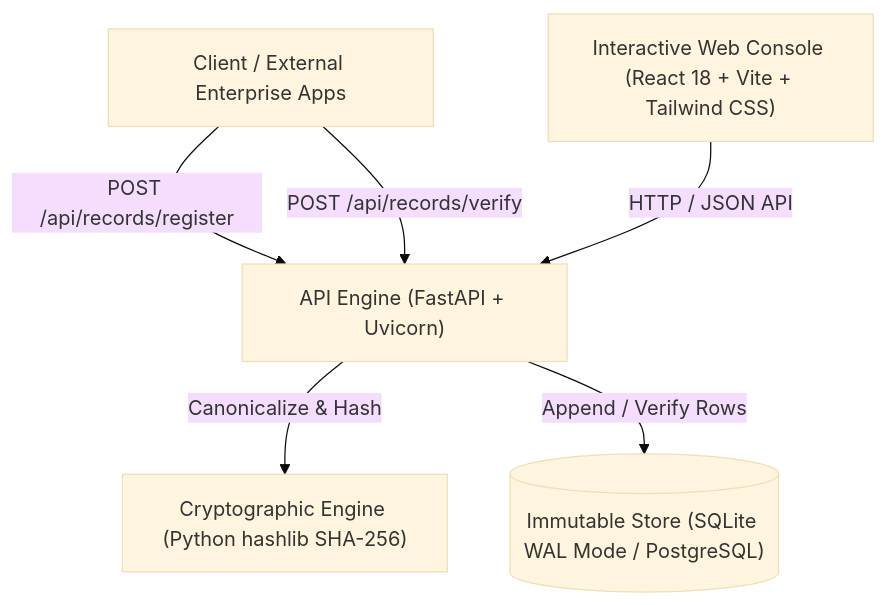
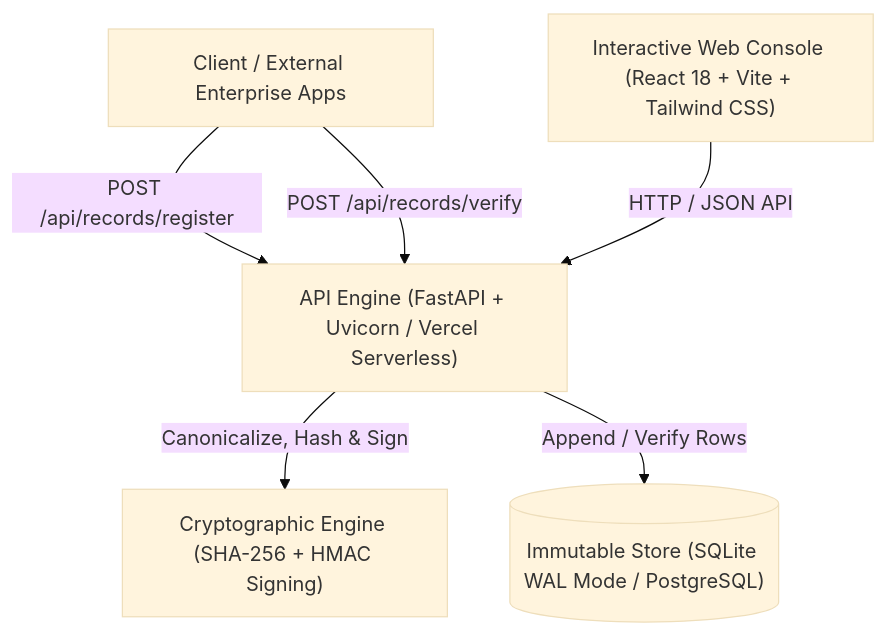
Before and after one commit to RSKartick/HashLog: the diagram in README.md, drawn with Mermaid (base theme). The commit also changed other lines of this file, not shown here.

````diff
--- a/README.md
+++ b/README.md
@@ -157,14 +165,14 @@
 ```mermaid
 graph TD
     Client["Client / External Enterprise Apps"]
     WebUI["Interactive Web Console (React 18 + Vite + Tailwind CSS)"]
-    FastAPI["API Engine (FastAPI + Uvicorn)"]
-    HashUtils["Cryptographic Engine (Python hashlib SHA-256)"]
+    FastAPI["API Engine (FastAPI + Uvicorn / Vercel Serverless)"]
+    HashUtils["Cryptographic Engine (SHA-256 + HMAC Signing)"]
     SQLite[("Immutable Store (SQLite WAL Mode / PostgreSQL)")]
 
     Client -->|POST /api/records/register| FastAPI
     Client -->|POST /api/records/verify| FastAPI
     WebUI -->|HTTP / JSON API| FastAPI
-    FastAPI -->|Canonicalize & Hash| HashUtils
+    FastAPI -->|Canonicalize, Hash & Sign| HashUtils
     FastAPI -->|Append / Verify Rows| SQLite
 ```
````
